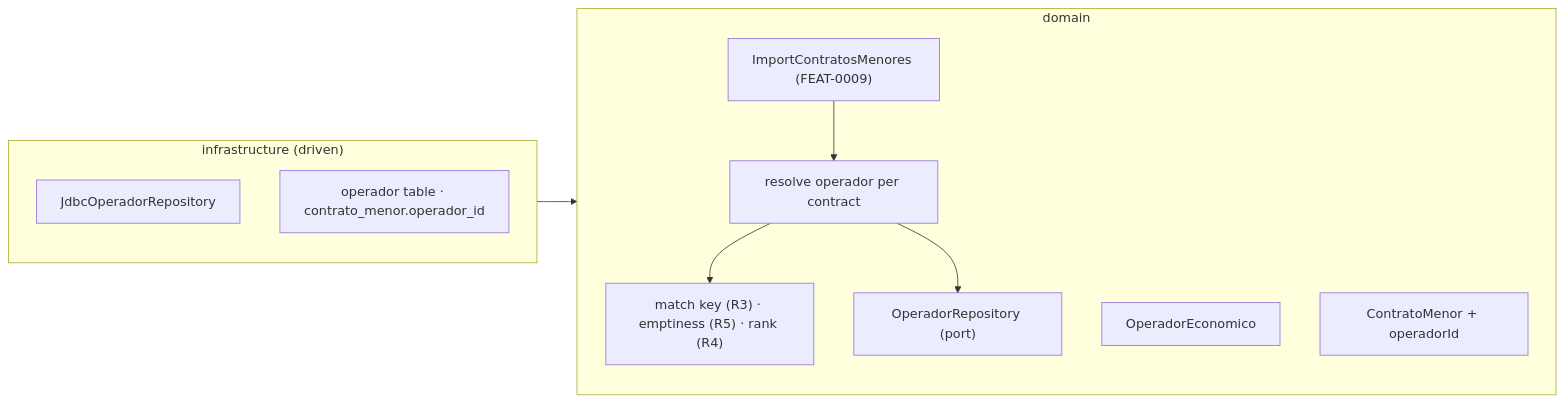
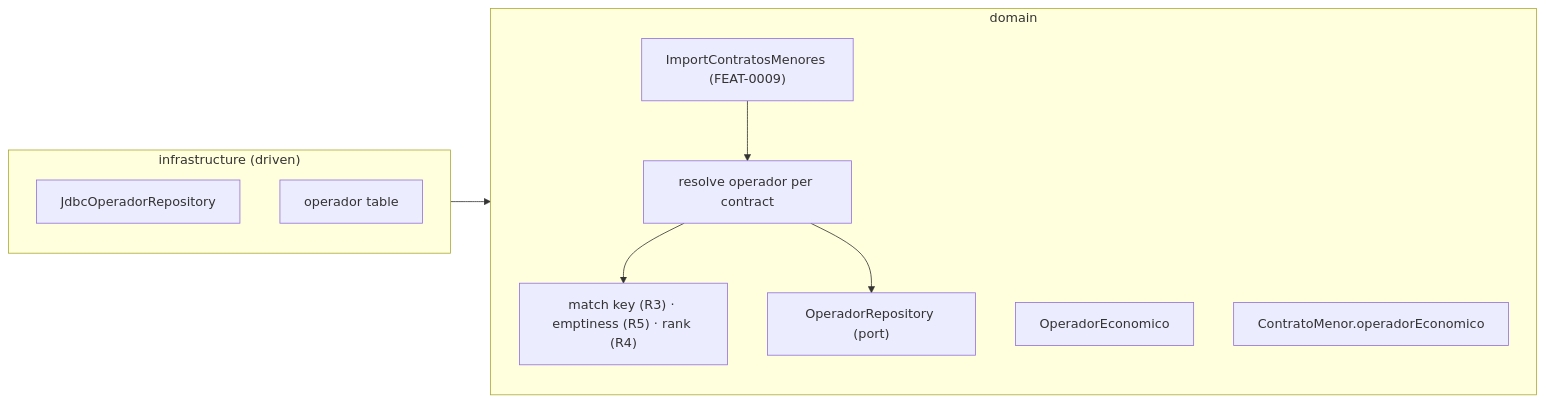
Before and after one commit to earelin/conxugal: the first of 2 diagrams in docs/features/FEAT-0010-operadores-economicos-base/README.md, drawn with Mermaid. The commit also changed other lines of this file and 10 other files, not shown here.

````diff
--- a/docs/features/FEAT-0010-operadores-economicos-base/README.md
+++ b/docs/features/FEAT-0010-operadores-economicos-base/README.md
@@ -91,19 +94,19 @@
 ```mermaid
 flowchart LR
     subgraph domain["domain"]
         importUseCase["ImportContratosMenores (FEAT-0009)"]
         derive["resolve operador per contract"]
         rules["match key (R3) · emptiness (R5) · rank (R4)"]
         operador["OperadorEconomico"]
         operadorRepo["OperadorRepository (port)"]
-        contrato["ContratoMenor + operadorId"]
+        contrato["ContratoMenor.operadorEconomico"]
     end
     subgraph infrastructure["infrastructure (driven)"]
         jdbc["JdbcOperadorRepository"]
-        migration["operador table · contrato_menor.operador_id"]
+        migration["operador table"]
     end
     importUseCase --> derive
     derive --> rules
     derive --> operadorRepo
     infrastructure --> domain
 ```
````
